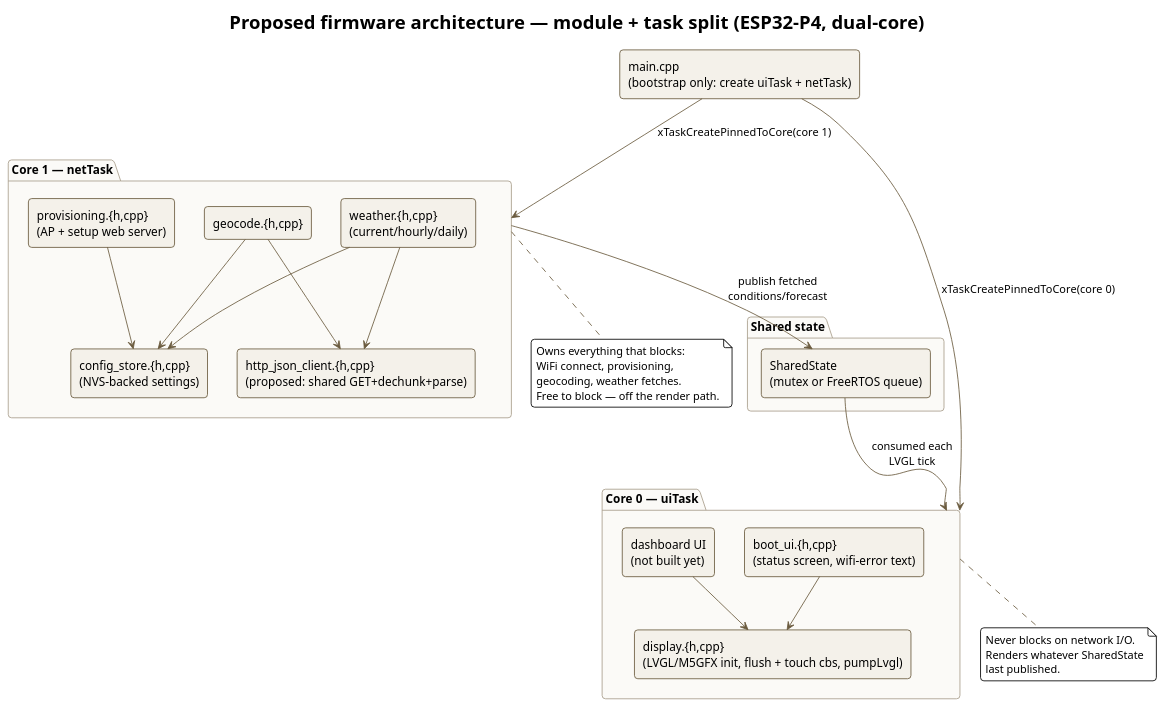
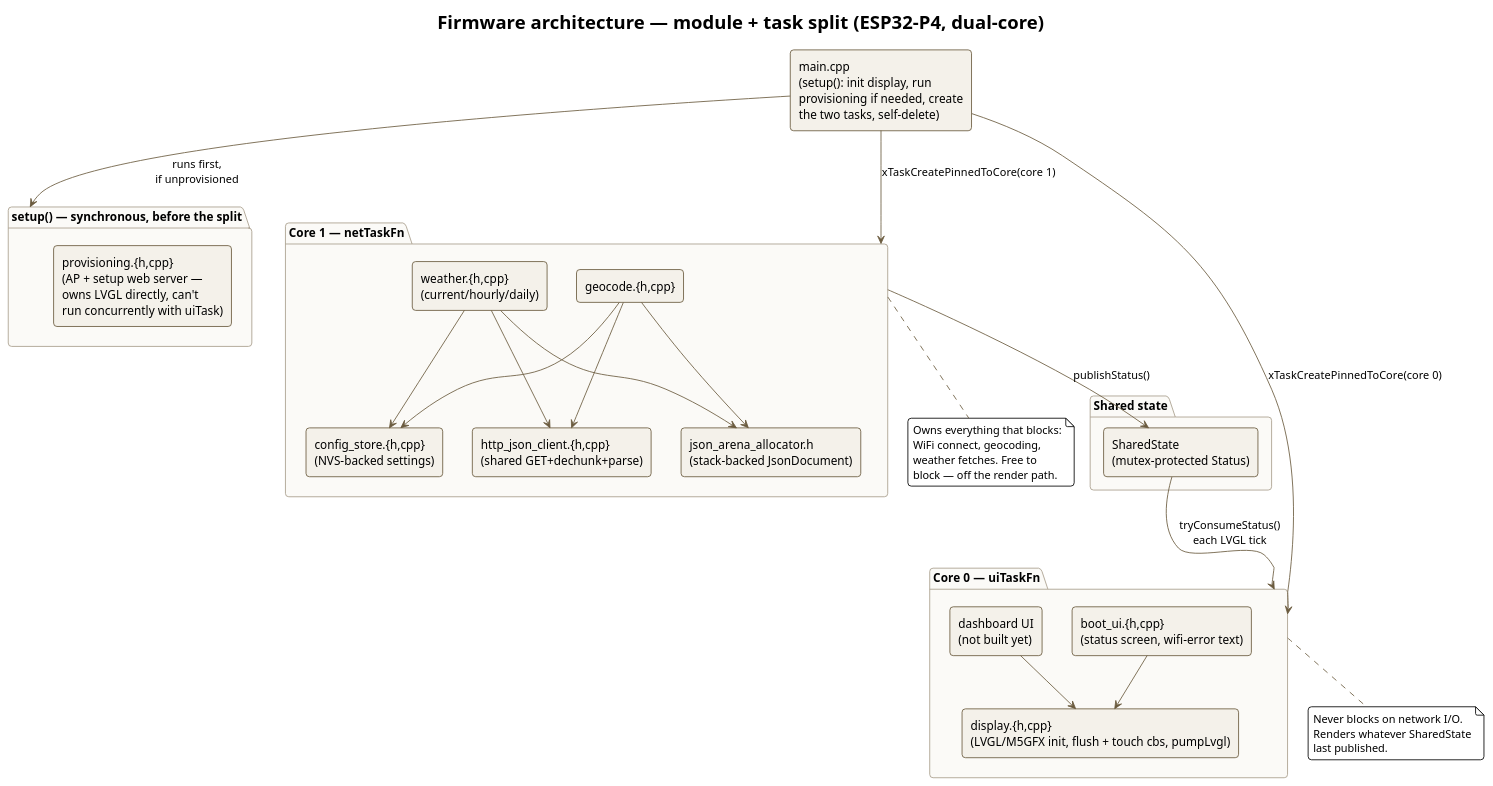
Before and after one commit to arunkumar-mourougappane/tab5-google-weather: the diagram in docs/diagrams/block-diagram.puml, drawn with PlantUML. The commit also changed 9 other files, not shown here.

First line of the commit message:
refactor: split boot flow into uiTask (core 0) and netTask (core 1)

```diff
--- a/docs/diagrams/block-diagram.puml
+++ b/docs/diagrams/block-diagram.puml
@@ -1,66 +1,72 @@
 @startuml block-diagram
 !theme plain
 skinparam backgroundColor white
 skinparam componentStyle rectangle
 skinparam defaultFontName Helvetica
 skinparam shadowing false
 skinparam roundcorner 8
 skinparam component {
   BackgroundColor #F4F1EA
   BorderColor #6B5B3E
   ArrowColor #6B5B3E
 }
 skinparam package {
   BackgroundColor #FBFAF7
   BorderColor #A89E8C
 }
 
-title Proposed firmware architecture — module + task split (ESP32-P4, dual-core)
+title Firmware architecture — module + task split (ESP32-P4, dual-core)
 
-package "Core 0 — uiTask" as UICore {
+package "setup() — synchronous, before the split" as Setup {
+  [provisioning.{h,cpp}\n(AP + setup web server —\nowns LVGL directly, can't\nrun concurrently with uiTask)] as Provisioning
+}
+
+package "Core 0 — uiTaskFn" as UICore {
   [display.{h,cpp}\n(LVGL/M5GFX init, flush + touch cbs, pumpLvgl)] as Display
   [boot_ui.{h,cpp}\n(status screen, wifi-error text)] as BootUi
   [dashboard UI\n(not built yet)] as Dashboard
   BootUi --> Display
   Dashboard --> Display
 }
 
 package "Shared state" as Shared {
-  [SharedState\n(mutex or FreeRTOS queue)] as SharedState
+  [SharedState\n(mutex-protected Status)] as SharedState
 }
 
-package "Core 1 — netTask" as NetCore {
-  [provisioning.{h,cpp}\n(AP + setup web server)] as Provisioning
+package "Core 1 — netTaskFn" as NetCore {
   [config_store.{h,cpp}\n(NVS-backed settings)] as ConfigStore
-  [http_json_client.{h,cpp}\n(proposed: shared GET+dechunk+parse)] as HttpClient
+  [http_json_client.{h,cpp}\n(shared GET+dechunk+parse)] as HttpClient
+  [json_arena_allocator.h\n(stack-backed JsonDocument)] as JsonArena
   [geocode.{h,cpp}] as Geocode
   [weather.{h,cpp}\n(current/hourly/daily)] as Weather
 
-  Provisioning --> ConfigStore
   Geocode --> ConfigStore
   Weather --> ConfigStore
   Geocode --> HttpClient
   Weather --> HttpClient
+  Geocode --> JsonArena
+  Weather --> JsonArena
 }
 
-[main.cpp\n(bootstrap only: create uiTask + netTask)] as Main
+[main.cpp\n(setup(): init display, run\nprovisioning if needed, create\nthe two tasks, self-delete)] as Main
 
+Main --> Setup : runs first,\nif unprovisioned
 Main --> UICore : xTaskCreatePinnedToCore(core 0)
 Main --> NetCore : xTaskCreatePinnedToCore(core 1)
-NetCore --> SharedState : publish fetched\nconditions/forecast
-SharedState --> UICore : consumed each\nLVGL tick
+NetCore --> SharedState : publishStatus()
+SharedState --> UICore : tryConsumeStatus()\neach LVGL tick
 
 note bottom of NetCore
   Owns everything that blocks:
-  WiFi connect, provisioning,
-  geocoding, weather fetches.
-  Free to block — off the render path.
+  WiFi connect, geocoding,
+  weather fetches. Free to
+  block — off the render path.
 end note
 
 note bottom of UICore
   Never blocks on network I/O.
   Renders whatever SharedState
   last published.
 end note
 
 @enduml
```
